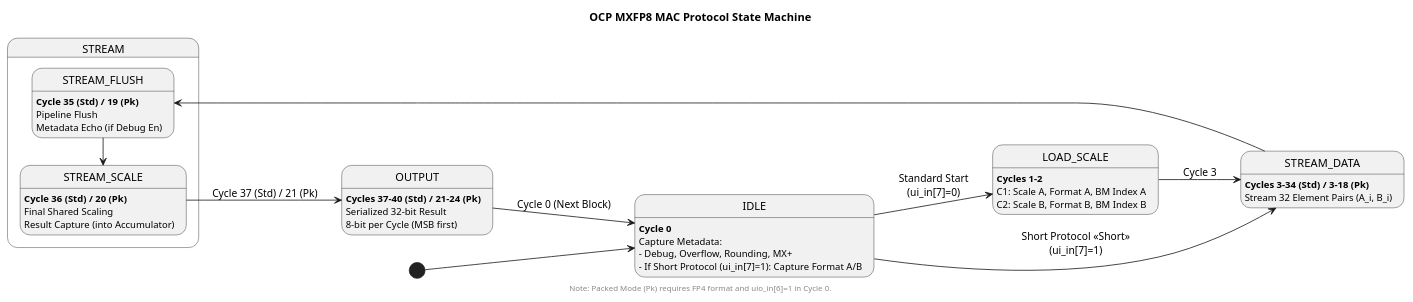
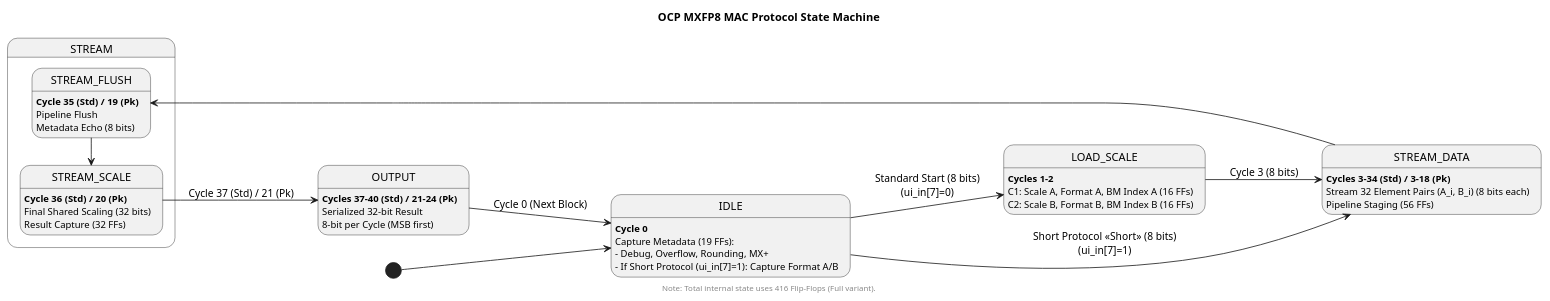
Before and after one commit to chatelao/ttihp-fp8-mul: the diagram in docs/diagrams/PROTOCOL_STATES.PUML, drawn with PlantUML. The commit also changed 3 other files, not shown here.

First line of the commit message:
docs: annotate architecture diagrams with flip-flop counts and bit-widths

```diff
--- a/docs/diagrams/PROTOCOL_STATES.PUML
+++ b/docs/diagrams/PROTOCOL_STATES.PUML
@@ -1,64 +1,65 @@
 @startuml PROTOCOL_STATES
 title OCP MXFP8 MAC Protocol State Machine
 
 left to right direction
 
 skinparam state {
   BackgroundColor<<Short>> #E1F5FE
   BorderColor<<Short>> #01579B
 }
 
 [*] --> IDLE
 
 state IDLE {
     IDLE : **Cycle 0**
-    IDLE : Capture Metadata:
+    IDLE : Capture Metadata (19 FFs):
     IDLE : - Debug, Overflow, Rounding, MX+
     IDLE : - If Short Protocol (ui_in[7]=1): Capture Format A/B
 }
 
-IDLE --> LOAD_SCALE : Standard Start\n(ui_in[7]=0)
-IDLE --> STREAM_DATA : Short Protocol <<Short>>\n(ui_in[7]=1)
+IDLE --> LOAD_SCALE : Standard Start (8 bits)\n(ui_in[7]=0)
+IDLE --> STREAM_DATA : Short Protocol <<Short>> (8 bits)\n(ui_in[7]=1)
 
 state LOAD_SCALE {
     LOAD_SCALE : **Cycles 1-2**
-    LOAD_SCALE : C1: Scale A, Format A, BM Index A
-    LOAD_SCALE : C2: Scale B, Format B, BM Index B
+    LOAD_SCALE : C1: Scale A, Format A, BM Index A (16 FFs)
+    LOAD_SCALE : C2: Scale B, Format B, BM Index B (16 FFs)
 }
 
-LOAD_SCALE --> STREAM_DATA : Cycle 3
+LOAD_SCALE --> STREAM_DATA : Cycle 3 (8 bits)
 
 state STREAM {
     state STREAM_DATA {
         STREAM_DATA : **Cycles 3-34 (Std) / 3-18 (Pk)**
-        STREAM_DATA : Stream 32 Element Pairs (A_i, B_i)
+        STREAM_DATA : Stream 32 Element Pairs (A_i, B_i) (8 bits each)
+        STREAM_DATA : Pipeline Staging (56 FFs)
     }
 
     state STREAM_FLUSH {
         STREAM_FLUSH : **Cycle 35 (Std) / 19 (Pk)**
         STREAM_FLUSH : Pipeline Flush
-        STREAM_FLUSH : Metadata Echo (if Debug En)
+        STREAM_FLUSH : Metadata Echo (8 bits)
     }
 
     state STREAM_SCALE {
         STREAM_SCALE : **Cycle 36 (Std) / 20 (Pk)**
-        STREAM_SCALE : Final Shared Scaling
-        STREAM_SCALE : Result Capture (into Accumulator)
+        STREAM_SCALE : Final Shared Scaling (32 bits)
+        STREAM_SCALE : Result Capture (32 FFs)
     }
 
     STREAM_DATA -> STREAM_FLUSH
     STREAM_FLUSH -> STREAM_SCALE
 }
 
 STREAM_SCALE --> OUTPUT : Cycle 37 (Std) / 21 (Pk)
 
 state OUTPUT {
     OUTPUT : **Cycles 37-40 (Std) / 21-24 (Pk)**
     OUTPUT : Serialized 32-bit Result
     OUTPUT : 8-bit per Cycle (MSB first)
 }
 
 OUTPUT --> IDLE : Cycle 0 (Next Block)
 
-footer Note: Packed Mode (Pk) requires FP4 format and uio_in[6]=1 in Cycle 0.
+footer Note: Total internal state uses 416 Flip-Flops (Full variant).
 @enduml
```
